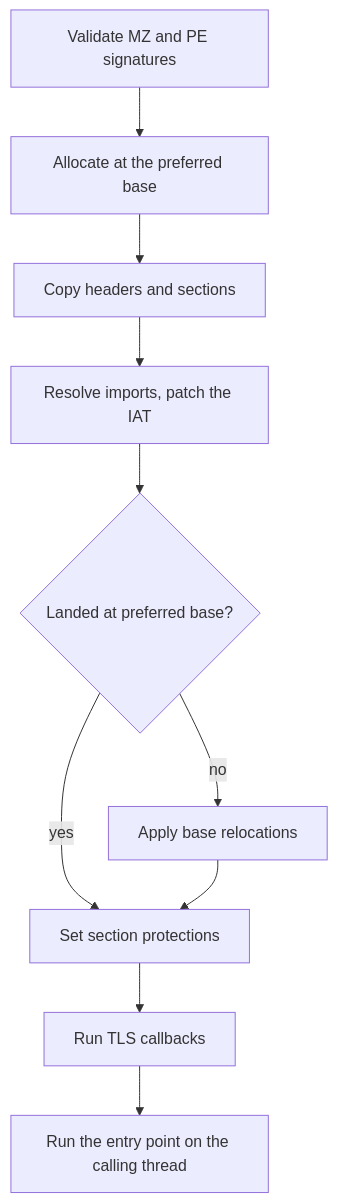
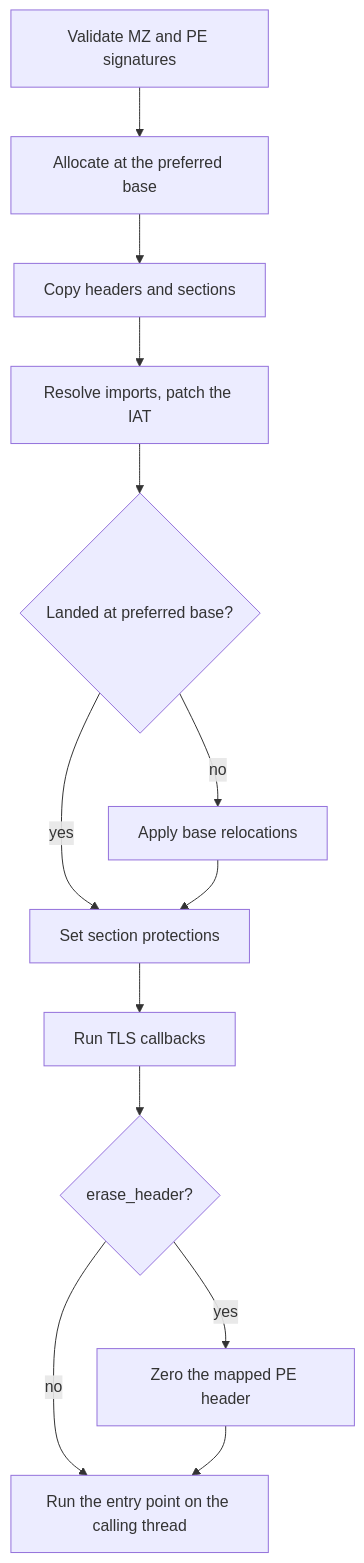
One commit to M3str3/Picaro changed the diagram in src/techniques/reflective_loading/README.md. Above: the diagram before and after it, drawn with Mermaid. The commit also changed other lines of this file and 23 other files, not shown here.

````diff
--- a/src/techniques/reflective_loading/README.md
+++ b/src/techniques/reflective_loading/README.md
@@ -20,12 +20,15 @@
 ```mermaid
 flowchart TD
     A[Validate MZ and PE signatures] --> B[Allocate at the preferred base]
     B --> C[Copy headers and sections]
     C --> D[Resolve imports, patch the IAT]
     D --> E{Landed at preferred base?}
     E -- no --> F[Apply base relocations]
     E -- yes --> G[Set section protections]
     F --> G
     G --> H[Run TLS callbacks]
-    H --> I[Run the entry point on the calling thread]
+    H --> I{erase_header?}
+    I -- yes --> J[Zero the mapped PE header]
+    I -- no --> K[Run the entry point on the calling thread]
+    J --> K
 ```
````
